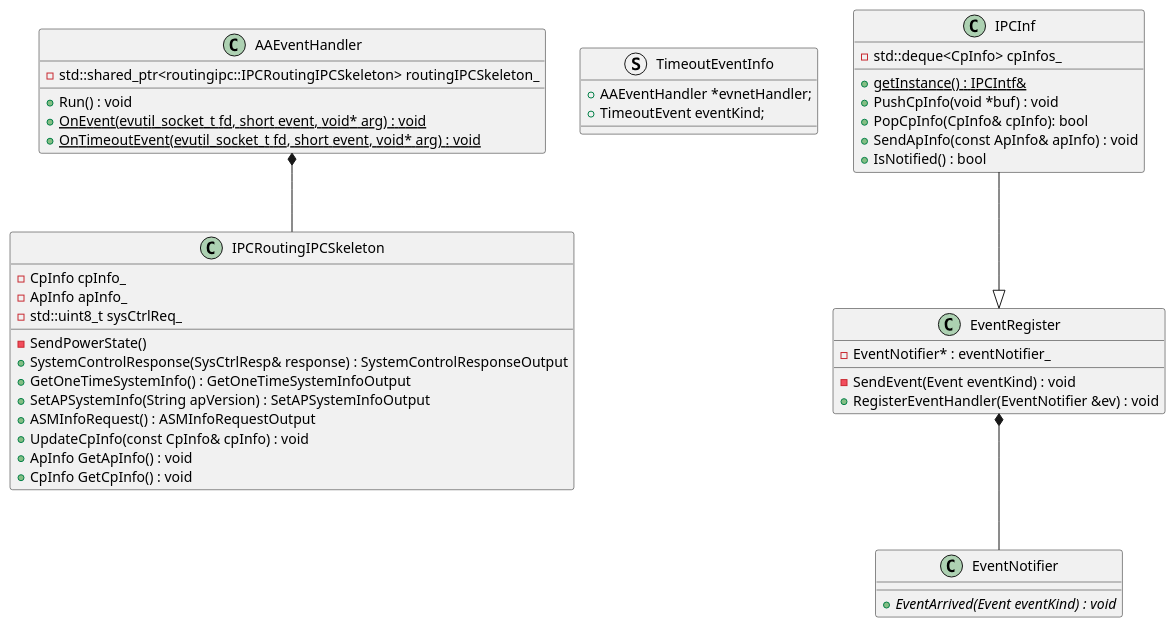
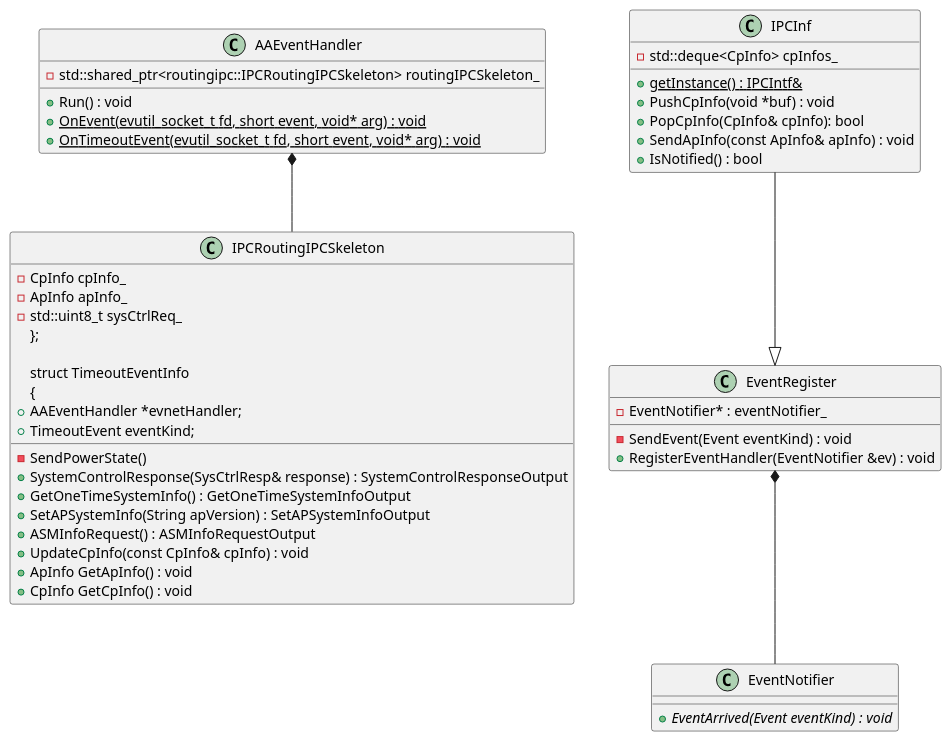
One commit to fittingend/SDV_subscription_app changed the first of 5 diagrams in src/eevp_main_machine/ap_ipchandler/ipchandler.puml. Above: the diagram before and after it, drawn with PlantUML. The commit also changed other lines of this file and 36 other files, not shown here.

```diff
--- a/src/eevp_main_machine/ap_ipchandler/ipchandler.puml
+++ b/src/eevp_main_machine/ap_ipchandler/ipchandler.puml
@@ -1,51 +1,51 @@
 @startuml
 class IPCRoutingIPCSkeleton {
     -CpInfo cpInfo_
     -ApInfo apInfo_
     -std::uint8_t sysCtrlReq_
     -SendPowerState()
     +SystemControlResponse(SysCtrlResp& response) : SystemControlResponseOutput
     +GetOneTimeSystemInfo() : GetOneTimeSystemInfoOutput
     +SetAPSystemInfo(String apVersion) : SetAPSystemInfoOutput
     +ASMInfoRequest() : ASMInfoRequestOutput
     +UpdateCpInfo(const CpInfo& cpInfo) : void
     +ApInfo GetApInfo() : void
     +CpInfo GetCpInfo() : void
-}
+};
 
 struct TimeoutEventInfo
 {
     +AAEventHandler *evnetHandler;
     +TimeoutEvent eventKind;
 }
 
 class AAEventHandler {
     -std::shared_ptr<routingipc::IPCRoutingIPCSkeleton> routingIPCSkeleton_
     +Run() : void
     {static} +OnEvent(evutil_socket_t fd, short event, void* arg) : void
     {static} +OnTimeoutEvent(evutil_socket_t fd, short event, void* arg) : void
 }
 
 class EventNotifier {
     {abstract} +EventArrived(Event eventKind) : void
 }
 
 class EventRegister {
     -EventNotifier* : eventNotifier_
     -SendEvent(Event eventKind) : void
     +RegisterEventHandler(EventNotifier &ev) : void
 }
 
 class IPCInf {
     -std::deque<CpInfo> cpInfos_
     {static} +getInstance() : IPCIntf&
     +PushCpInfo(void *buf) : void
     +PopCpInfo(CpInfo& cpInfo): bool
     +SendApInfo(const ApInfo& apInfo) : void
     +IsNotified() : bool
 }
 
 IPCInf --|> EventRegister
 AAEventHandler *-- IPCRoutingIPCSkeleton
 EventRegister *-- EventNotifier
 @enduml
```
